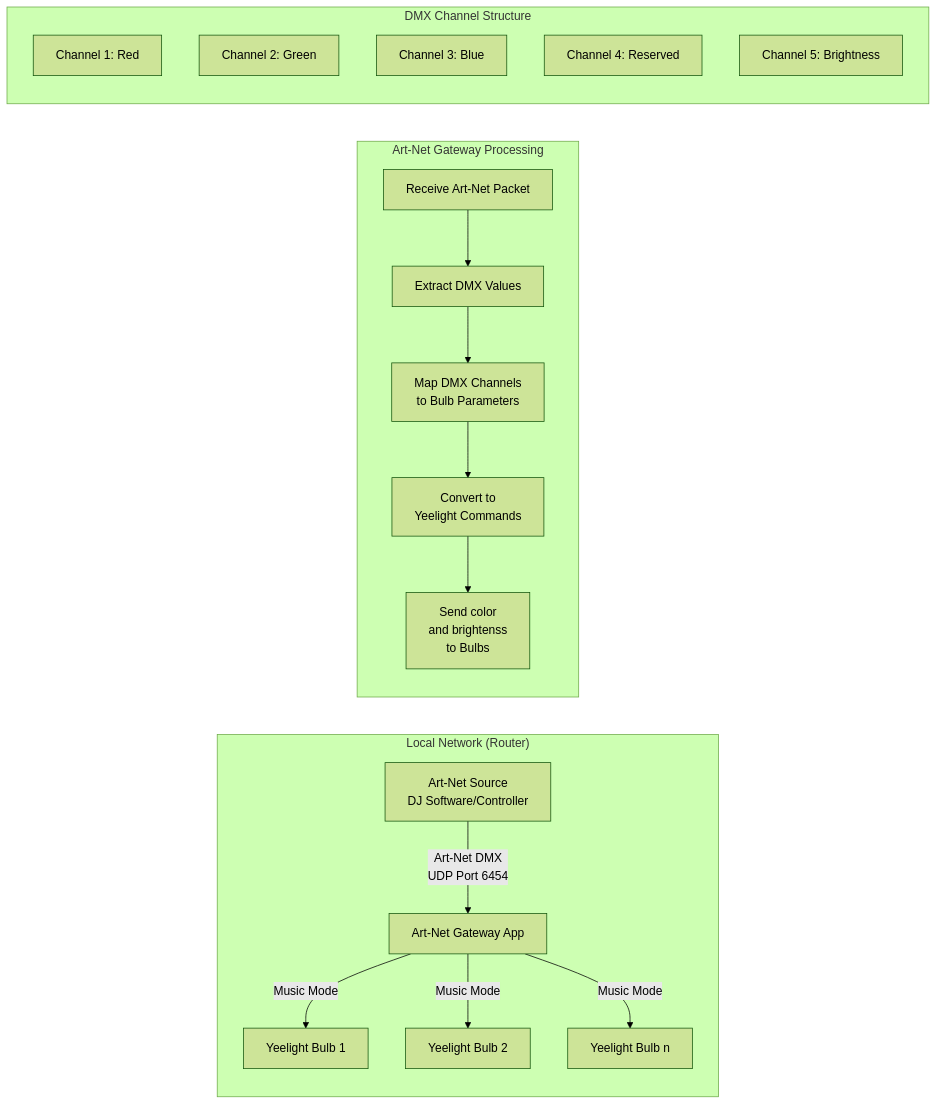
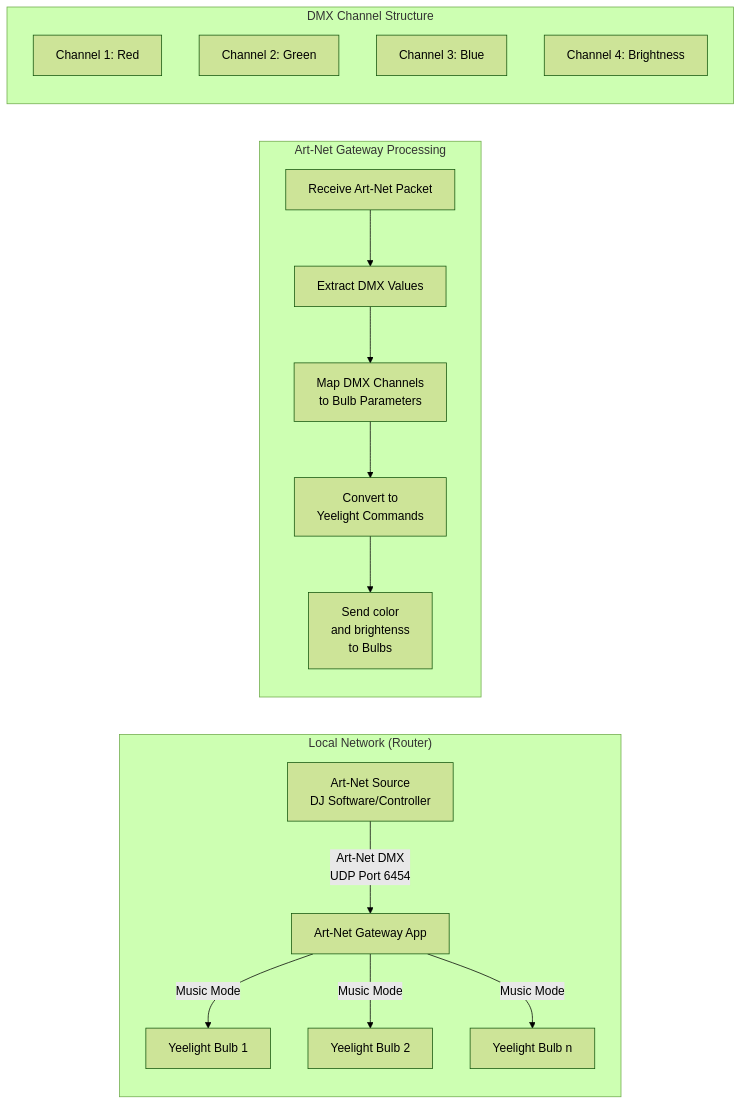
The first of 2 diagrams in README.md (clickfreak/artnet_to_smartbulbs), drawn with Mermaid (forest theme) before and after one commit. The commit also changed other lines of this file and 2 other files, not shown here.

Commit message:
Changed DMX scheme to 4 channels (RGB+Brightness). Current config is for 4 bulbs. Added motivation to the readme. Soundswitch app on laptop works smoothly, so good :)

````diff
--- a/README.md
+++ b/README.md
@@ -11,26 +15,25 @@
 ```mermaid
 flowchart LR
     subgraph Network ["Local Network (Router)"]
         A[Art-Net Source<br/>DJ Software/Controller] -->|Art-Net DMX\nUDP Port 6454| B[Art-Net Gateway App]
         B -->|Music Mode| C[Yeelight Bulb 1]
         B -->|Music Mode| D[Yeelight Bulb 2]
         B -->|Music Mode| E[Yeelight Bulb n]
     end
 
     subgraph Gateway ["Art-Net Gateway Processing"]
         direction TB
         B1[Receive Art-Net Packet] --> B2[Extract DMX Values]
         B2 --> B3[Map DMX Channels<br/>to Bulb Parameters]
         B3 --> B4[Convert to<br/>Yeelight Commands]
         B4 --> B5[Send color<br/>and brightenss<br/>to Bulbs]
     end
 
     subgraph DMX ["DMX Channel Structure"]
         direction TB
         D1[Channel 1: Red] 
         D2[Channel 2: Green]
         D3[Channel 3: Blue]
-        D4[Channel 4: Reserved]
-        D5[Channel 5: Brightness]
+        D4[Channel 4: Brightness]
     end
 ```
````
